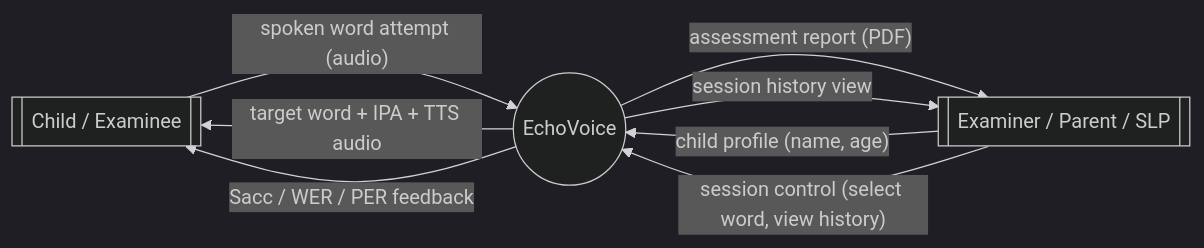
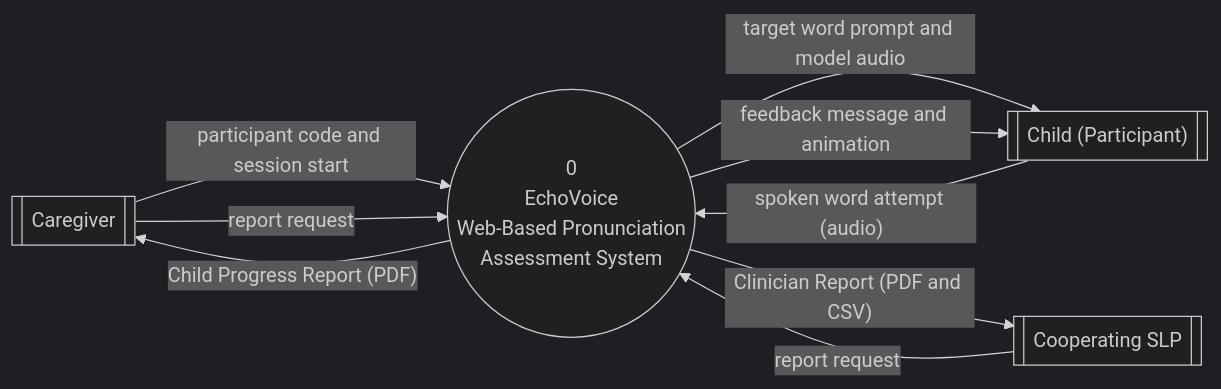
Before and after one commit to KD-file/EchoVoice: the first of 3 diagrams in Documentation/01_DFD.md, drawn with Mermaid (dark theme). The commit also changed other lines of this file and 6 other files, not shown here.

Commit message:
Update SAD documentation 01-07 to web-based design

````diff
--- a/Documentation/01_DFD.md
+++ b/Documentation/01_DFD.md
@@ -25,15 +13,18 @@
 ```mermaid
 flowchart LR
-    CHILD[["Child / Examinee"]]
-    EXAM[["Examiner / Parent / SLP"]]
-    SYS(("EchoVoice"))
+    CG[["Caregiver"]]
+    CH[["Child (Participant)"]]
+    SLP[["Cooperating SLP"]]
+    SYS(("0\nEchoVoice\nWeb-Based Pronunciation\nAssessment System"))
 
-    CHILD -- "spoken word attempt (audio)" --> SYS
-    SYS -- "target word + IPA + TTS audio" --> CHILD
-    SYS -- "Sacc / WER / PER feedback" --> CHILD
+    CG -- "participant code and session start" --> SYS
+    CG -- "report request" --> SYS
+    SYS -- "Child Progress Report (PDF)" --> CG
 
-    EXAM -- "child profile (name, age)" --> SYS
-    EXAM -- "session control (select word, view history)" --> SYS
-    SYS -- "assessment report (PDF)" --> EXAM
-    SYS -- "session history view" --> EXAM
+    CH -- "spoken word attempt (audio)" --> SYS
+    SYS -- "target word prompt and model audio" --> CH
+    SYS -- "feedback message and animation" --> CH
+
+    SLP -- "report request" --> SYS
+    SYS -- "Clinician Report (PDF and CSV)" --> SLP
 ```
````
